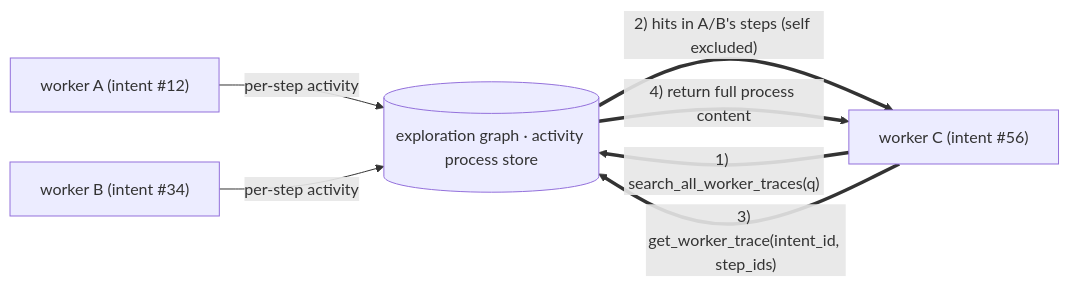
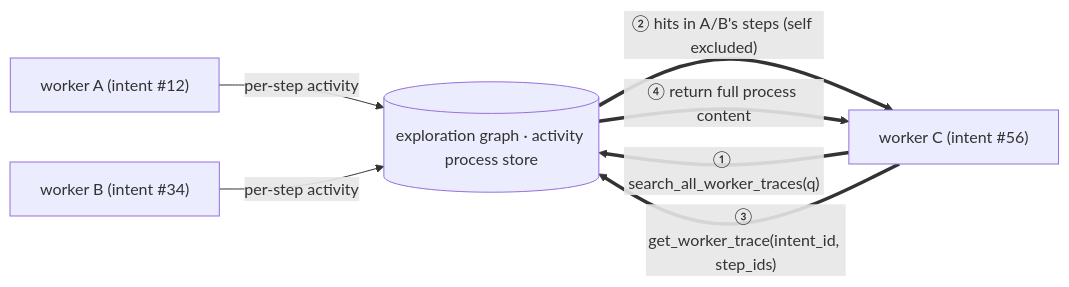
The fourth of 5 diagrams in README.en.md (j5tv9nfzhn-hue/ARTEX-HYDRA), drawn with Mermaid before and after one commit. The commit also changed 1 other file, not shown here.

Commit message:
docs(readme): worker 과정 교환 다이어그램 간선 라벨을 Mermaid 11 에서 깨지지 않는 원문자로 교체 — GitHub 현행 렌더러에서 "Unsupported markdown: list" 로 보이던 결함 해소 (G37)
G35 가 zh 에서 ko·en 로 옮긴 "worker 사이의 과정 단위 정보 교환" 다이어그램의
간선 라벨 네 개가 1)·2)·3)·4) 로 시작해, Mermaid 11(=GitHub 현행 마크다운
렌더러)이 이를 순서목록으로 오해하고 라벨을 "Unsupported markdown: list" 텍스트로
대체해 왔다. 접두를 ①②③④ 원문자로 바꿔 Mermaid 10·11 양쪽에서 렌더되게 한다.
같은 README 의 todolist 다이어그램이 이미 ①②③ 를 쓰므로 표기도 일관된다.
README.zh.md 는 상류 원문 보존본이라 미접촉(상류 유래 결함).

검증: mermaid-cli 11.4.2 로 ko·en 네 번째 블록 재렌더 CLEAN(이전 BROKEN),
PNG 육안 네 라벨 정상, diff 각 4줄 교체(두뇌·코드·링크·헤더 미변), 상대 링크 253
깨짐 0·헤더 23/23 대칭 유지.

````diff
--- a/README.en.md
+++ b/README.en.md
@@ -292,9 +292,9 @@
 ```mermaid
 flowchart LR
   WA["worker A (intent #12)"] -->|"per-step activity"| ACT[("exploration graph · activity process store")]
   WB["worker B (intent #34)"] -->|"per-step activity"| ACT
-  WC["worker C (intent #56)"] ==>|"1) search_all_worker_traces(q)"| ACT
-  ACT ==>|"2) hits in A/B's steps (self excluded)"| WC
-  WC ==>|"3) get_worker_trace(intent_id, step_ids)"| ACT
-  ACT ==>|"4) return full process content"| WC
+  WC["worker C (intent #56)"] ==>|"① search_all_worker_traces(q)"| ACT
+  ACT ==>|"② hits in A/B's steps (self excluded)"| WC
+  WC ==>|"③ get_worker_trace(intent_id, step_ids)"| ACT
+  ACT ==>|"④ return full process content"| WC
 ```
````
